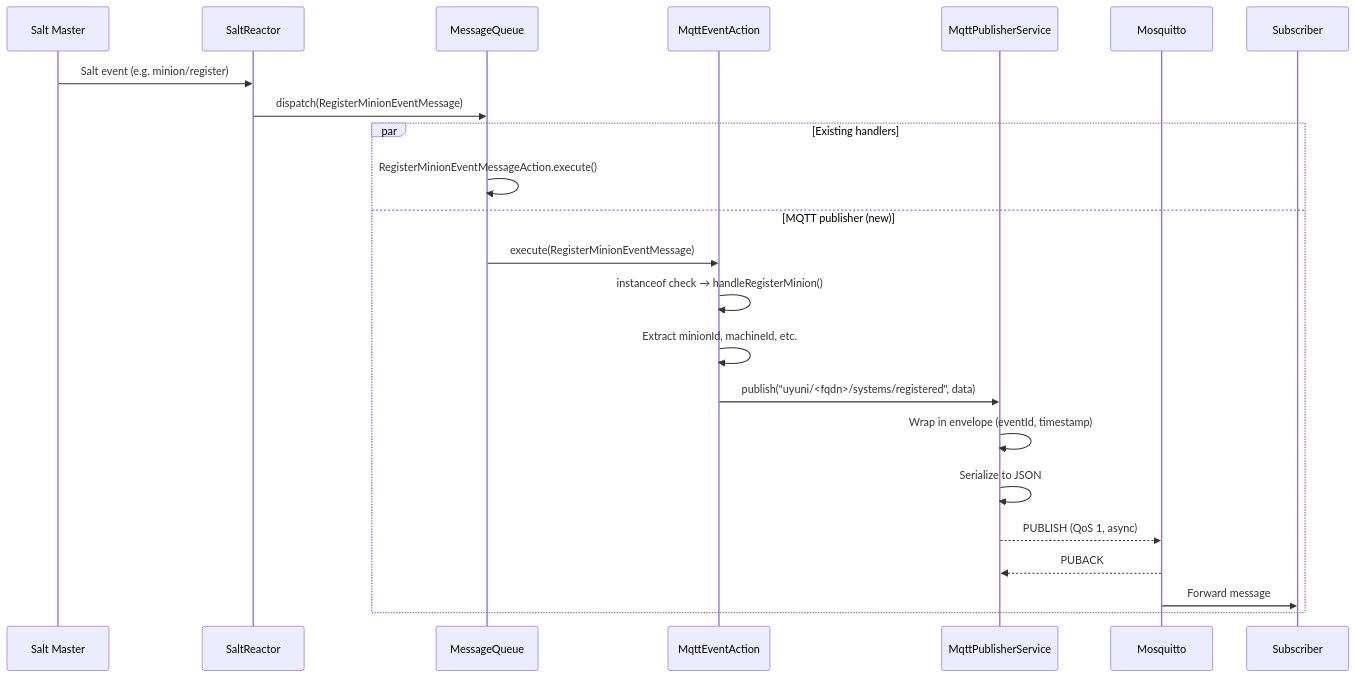
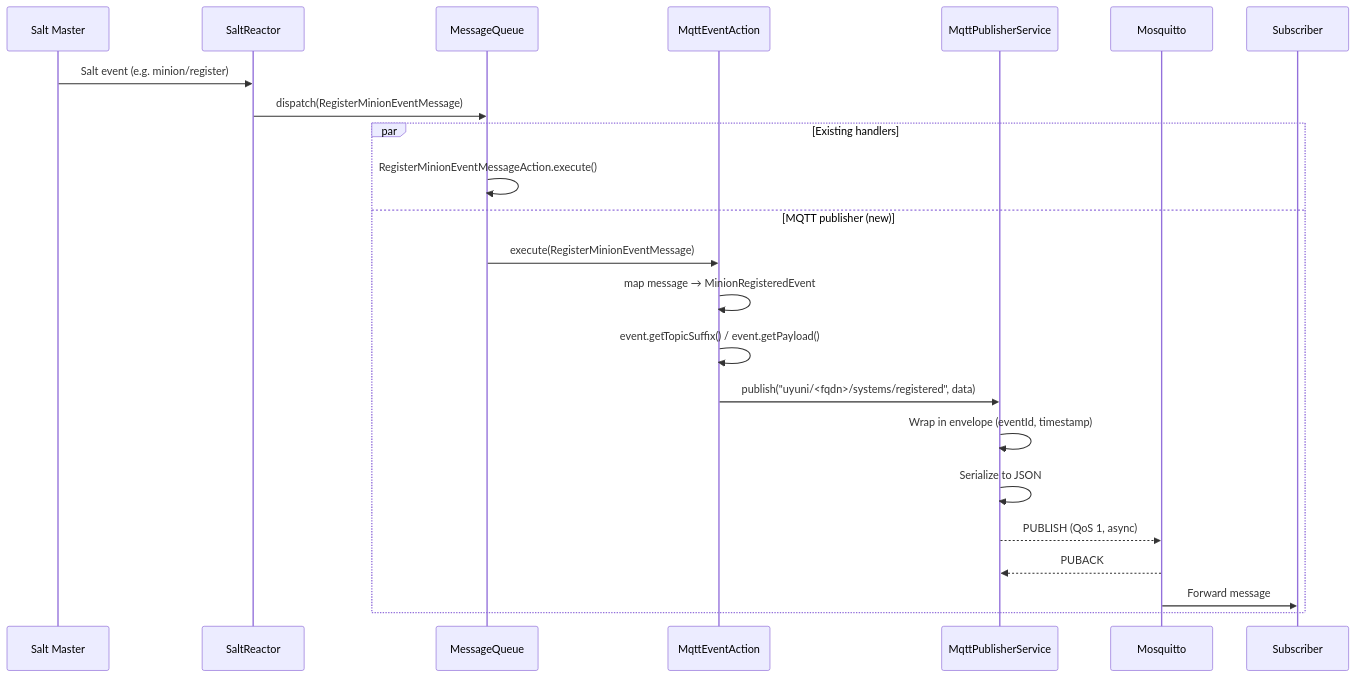
One commit to uyuni-project/uyuni-rfc changed the fourth of 9 diagrams in accepted/00000-mqtt-event-publisher.md. Above: the diagram before and after it, drawn with Mermaid. The commit also changed other lines of this file, not shown here.

Commit message:
Update RFC to match implementation: broker auth, per-event classes, async CLM, users/created payload

````diff
--- a/accepted/00000-mqtt-event-publisher.md
+++ b/accepted/00000-mqtt-event-publisher.md
@@ -131,27 +131,27 @@
 ```mermaid
 sequenceDiagram
     participant Salt as Salt Master
     participant SR as SaltReactor
     participant MQ as MessageQueue
     participant EA as MqttEventAction
     participant PS as MqttPublisherService
     participant Broker as Mosquitto
     participant Sub as Subscriber
 
     Salt->>SR: Salt event (e.g. minion/register)
     SR->>MQ: dispatch(RegisterMinionEventMessage)
 
     par Existing handlers
         MQ->>MQ: RegisterMinionEventMessageAction.execute()
     and MQTT publisher (new)
         MQ->>EA: execute(RegisterMinionEventMessage)
-        EA->>EA: instanceof check → handleRegisterMinion()
-        EA->>EA: Extract minionId, machineId, etc.
+        EA->>EA: map message → MinionRegisteredEvent
+        EA->>EA: event.getTopicSuffix() / event.getPayload()
         EA->>PS: publish("uyuni/<fqdn>/systems/registered", data)
         PS->>PS: Wrap in envelope (eventId, timestamp)
         PS->>PS: Serialize to JSON
         PS-->>Broker: PUBLISH (QoS 1, async)
         Broker-->>PS: PUBACK
         Broker->>Sub: Forward message
     end
 ```
````
